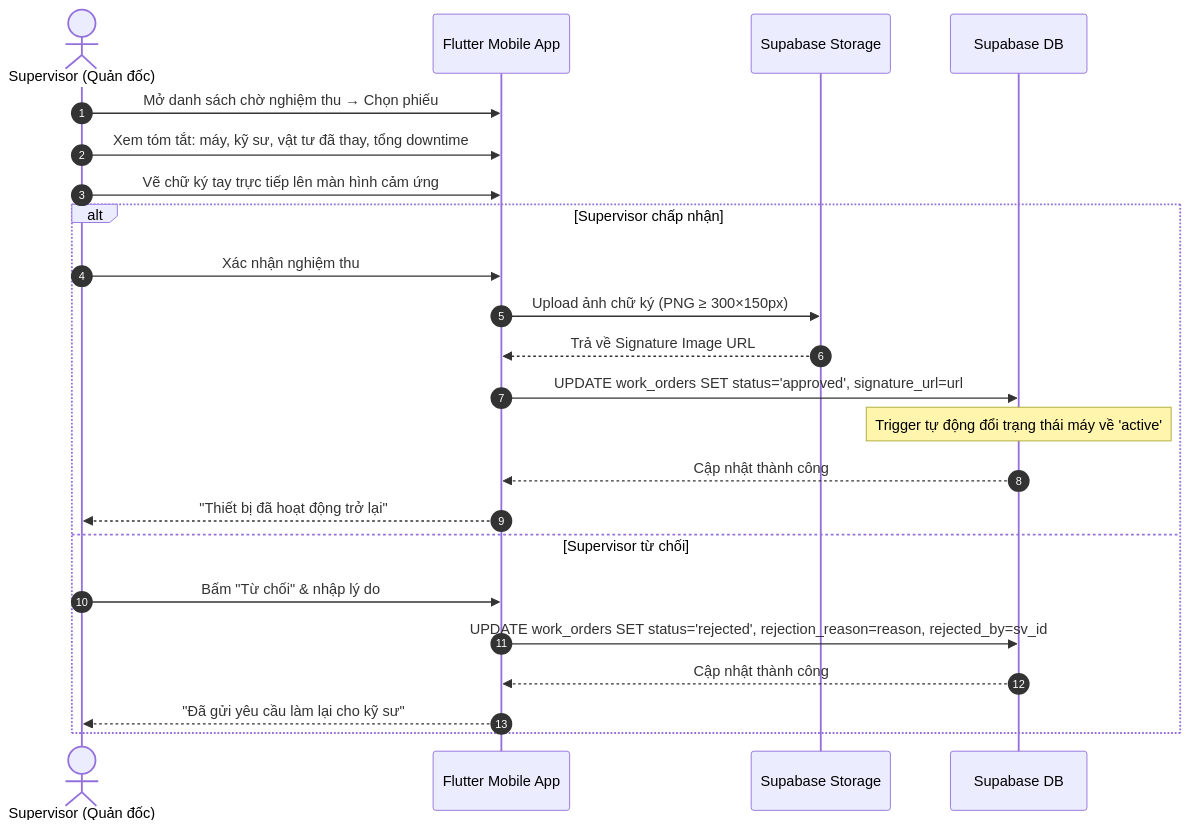
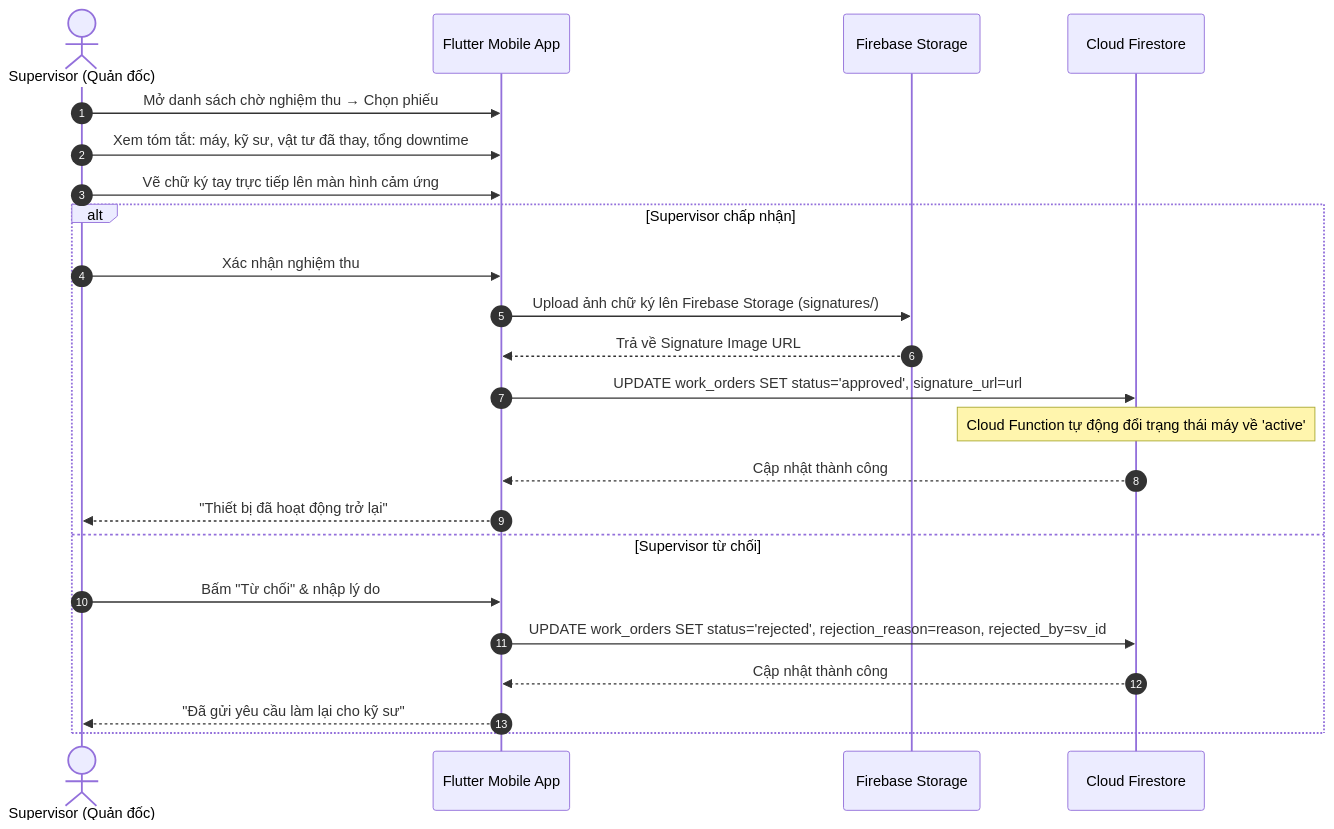
Before and after one commit to pvduy23052005/cse441-mobile-asset-track: the seventh of 12 diagrams in system_design.md, drawn with Mermaid. The commit also changed other lines of this file and 4 other files, not shown here.

Commit message:
feat: update Firebase SAD architecture, Firestore NoSQL data model, and flexible PM UI

````diff
--- a/system_design.md
+++ b/system_design.md
@@ -221,26 +221,26 @@
 ```mermaid
 sequenceDiagram
     autonumber
     actor SV as Supervisor (Quản đốc)
     participant App as Flutter Mobile App
-    participant Store as Supabase Storage
-    participant DB as Supabase DB
+    participant Store as Firebase Storage
+    participant DB as Cloud Firestore
 
     SV->>App: Mở danh sách chờ nghiệm thu → Chọn phiếu
     SV->>App: Xem tóm tắt: máy, kỹ sư, vật tư đã thay, tổng downtime
     SV->>App: Vẽ chữ ký tay trực tiếp lên màn hình cảm ứng
     alt Supervisor chấp nhận
         SV->>App: Xác nhận nghiệm thu
-        App->>Store: Upload ảnh chữ ký (PNG ≥ 300×150px)
+        App->>Store: Upload ảnh chữ ký lên Firebase Storage (signatures/)
         Store-->>App: Trả về Signature Image URL
         App->>DB: UPDATE work_orders SET status='approved', signature_url=url
-        Note over DB: Trigger tự động đổi trạng thái máy về 'active'
+        Note over DB: Cloud Function tự động đổi trạng thái máy về 'active'
         DB-->>App: Cập nhật thành công
         App-->>SV: "Thiết bị đã hoạt động trở lại"
     else Supervisor từ chối
         SV->>App: Bấm "Từ chối" & nhập lý do
         App->>DB: UPDATE work_orders SET status='rejected', rejection_reason=reason, rejected_by=sv_id
         DB-->>App: Cập nhật thành công
         App-->>SV: "Đã gửi yêu cầu làm lại cho kỹ sư"
     end
 ```
````
